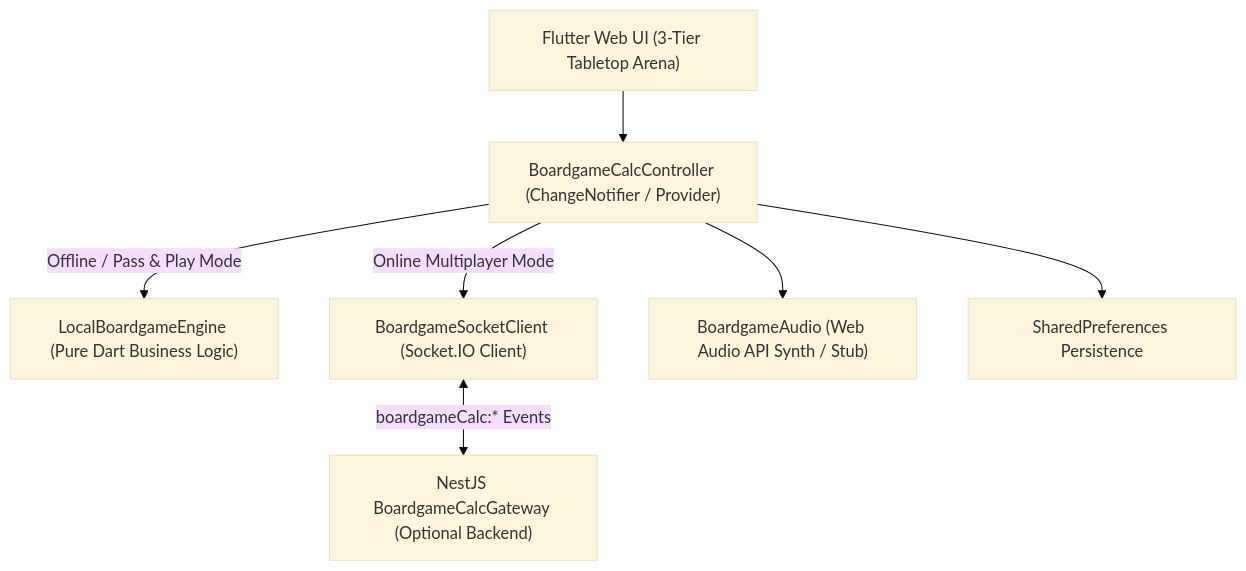
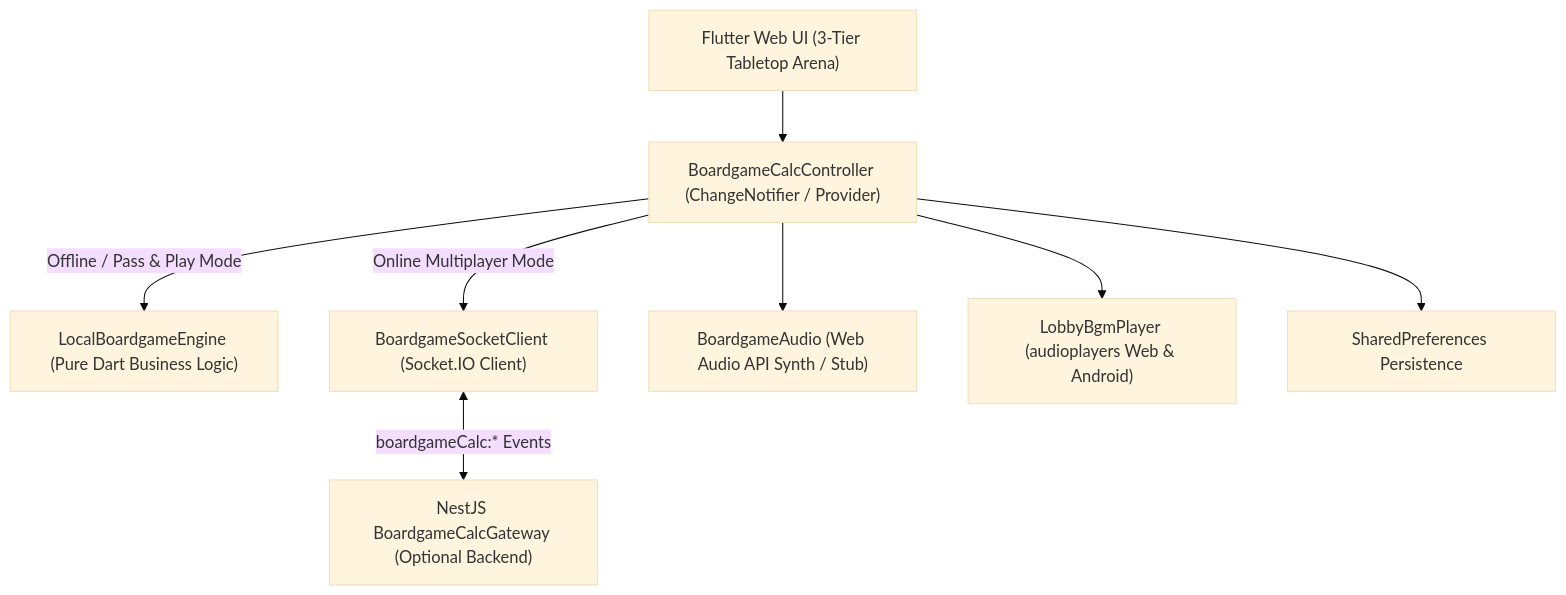
The diagram in docs/ARCHITECTURE.md (nicebyy/boardgame-calc), drawn with Mermaid (base theme) before and after one commit. The commit also changed other lines of this file and 1 other file, not shown here.

Commit message:
docs: update README and ARCHITECTURE with Lobby BGM player details

````diff
--- a/docs/ARCHITECTURE.md
+++ b/docs/ARCHITECTURE.md
@@ -9,9 +9,10 @@
 ```mermaid
 flowchart TD
   UI["Flutter Web UI (3-Tier Tabletop Arena)"] --> Ctrl["BoardgameCalcController (ChangeNotifier / Provider)"]
   Ctrl -->|"Offline / Pass & Play Mode"| Engine["LocalBoardgameEngine (Pure Dart Business Logic)"]
   Ctrl -->|"Online Multiplayer Mode"| Socket["BoardgameSocketClient (Socket.IO Client)"]
   Ctrl --> Audio["BoardgameAudio (Web Audio API Synth / Stub)"]
+  Ctrl --> Bgm["LobbyBgmPlayer (audioplayers Web & Android)"]
   Ctrl --> Prefs["SharedPreferences Persistence"]
   Socket <-->|"boardgameCalc:* Events"| NestJS["NestJS BoardgameCalcGateway (Optional Backend)"]
 ```
````
